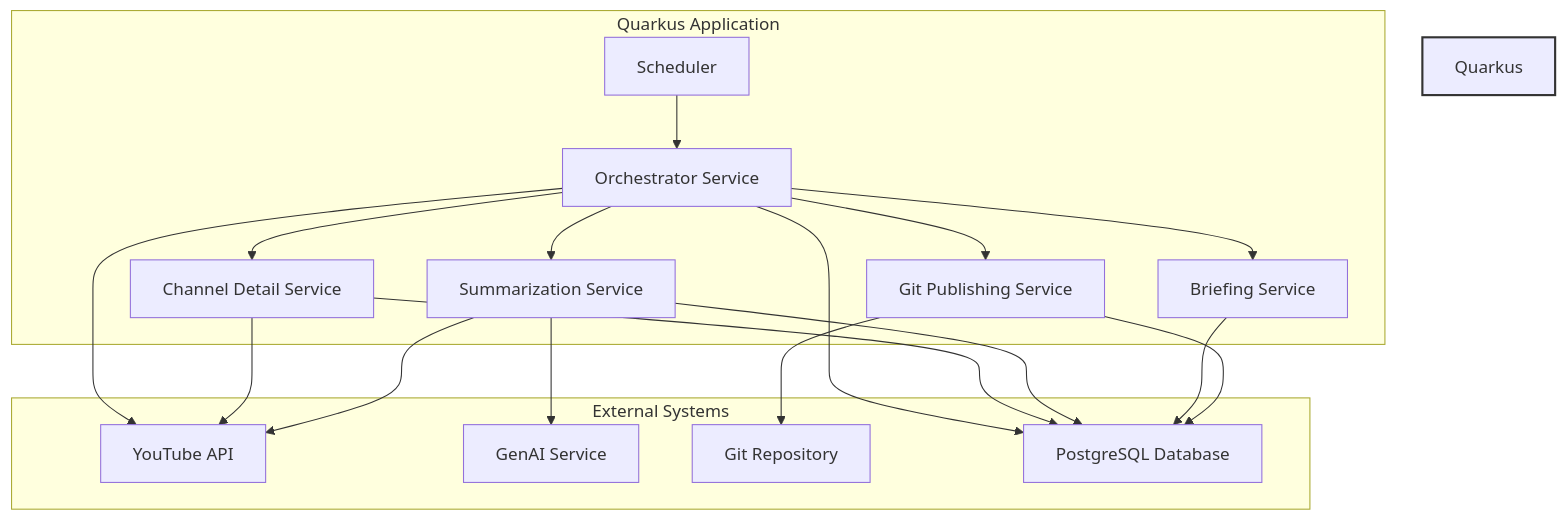
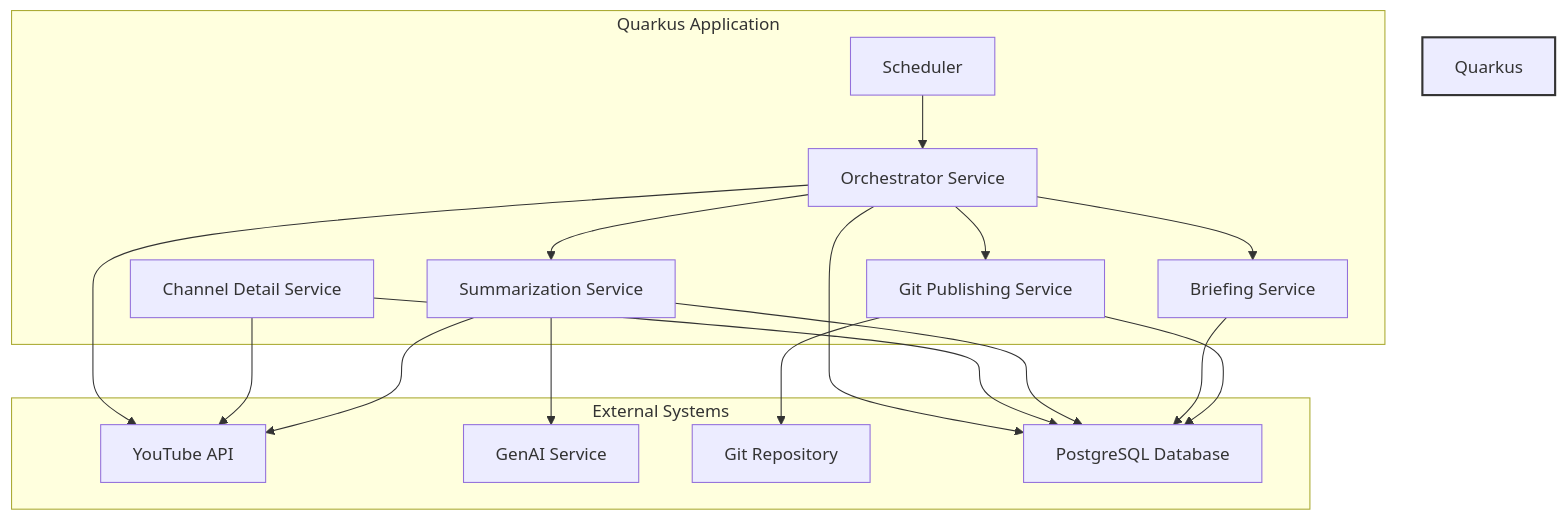
Before and after one commit to sjuresa/povzetkar: the diagram in docs/overview/architecture_overview.md, drawn with Mermaid. The commit also changed other lines of this file, not shown here.

Commit message:
fix: cr
POV-55

````diff
--- a/docs/overview/architecture_overview.md
+++ b/docs/overview/architecture_overview.md
@@ -17,31 +17,31 @@
 ```mermaid
 graph TD
     subgraph Quarkus Application
         A[Scheduler] --> B[Orchestrator Service];
-        B --> C[Channel Detail Service];
+        C[Channel Detail Service];
         B --> D[Summarization Service];
         B --> E[Briefing Service];
         B --> F[Git Publishing Service];
     end
 
     subgraph External Systems
         G[YouTube API]
         I[GenAI Service]
         J[Git Repository]
         H[PostgreSQL Database]
     end
 
     B --> G;
     C --> G;
     D --> G;
     D --> I;
     F --> J;
 
     B --> H;
     C --> H;
     D --> H;
     E --> H;
     F --> H;
 
     style Quarkus Application fill:#f9f,stroke:#333,stroke-width:2px
 ```
````
